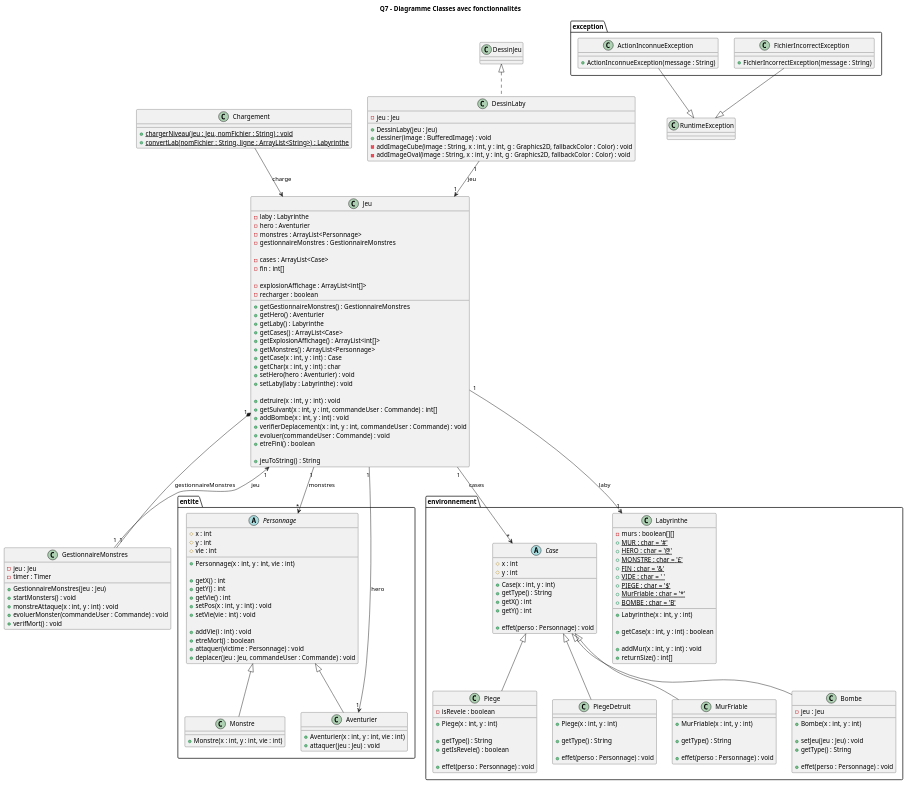
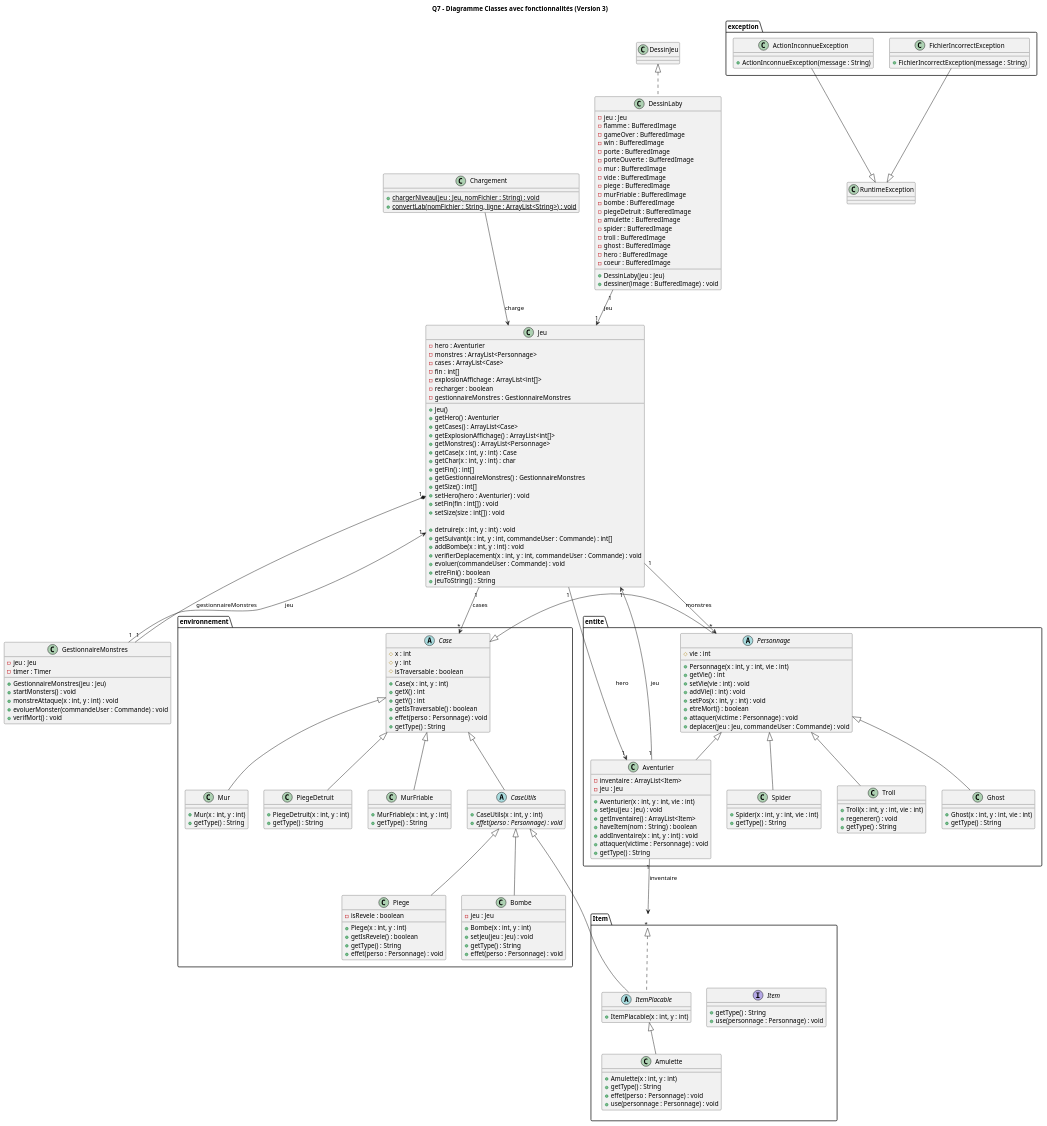
Before and after one commit to lucas-martinati-pro/SAE_S2.01_Zeldiablo-LucasM_JeanLM_PierreGSV: the diagram in documents/version_3/Diagramme Classes.puml, drawn with PlantUML. The commit also changed 2 other files, not shown here.

Commit message:
refactor: DessinLaby

```diff
--- a/documents/version_3/Diagramme Classes.puml
+++ b/documents/version_3/Diagramme Classes.puml
@@ -1,28 +1,28 @@
 @startuml
-title Q7 - Diagramme Classes avec fonctionnalités
+title Q7 - Diagramme Classes avec fonctionnalités (Version 3)
 
 class "Jeu" {
-    - laby : Labyrinthe
     - hero : Aventurier
     - monstres : ArrayList<Personnage>
+    - cases : ArrayList<Case>
+    - fin : int[]
+    - explosionAffichage : ArrayList<int[]>
+    - recharger : boolean
     - gestionnaireMonstres : GestionnaireMonstres
 
-    - cases : ArrayList<Case>
-    - fin : int[]
-
-    - explosionAffichage : ArrayList<int[]>
-    - recharger : boolean
-
-    + getGestionnaireMonstres() : GestionnaireMonstres
+    + Jeu()
     + getHero() : Aventurier
-    + getLaby() : Labyrinthe
     + getCases() : ArrayList<Case>
     + getExplosionAffichage() : ArrayList<int[]>
     + getMonstres() : ArrayList<Personnage>
     + getCase(x : int, y : int) : Case
     + getChar(x : int, y : int) : char
+    + getFin() : int[]
+    + getGestionnaireMonstres() : GestionnaireMonstres
+    + getSize() : int[]
     + setHero(hero : Aventurier) : void
-    + setLaby(laby : Labyrinthe) : void
+    + setFin(fin : int[]) : void
+    + setSize(size : int[]) : void
 
     + detruire(x : int, y : int) : void
     + getSuivant(x : int, y : int, commandeUser : Commande) : int[]
@@ -30,7 +30,6 @@
     + verifierDeplacement(x : int, y : int, commandeUser : Commande) : void
     + evoluer(commandeUser : Commande) : void
     + etreFini() : boolean
-
     + jeuToString() : String
 }
 
@@ -47,105 +46,117 @@
 
 class Chargement {
     + {static} chargerNiveau(jeu : Jeu, nomFichier : String) : void
-    + {static} convertLab(nomFichier : String, ligne : ArrayList<String>) : Labyrinthe
+    + {static} convertLab(nomFichier : String, ligne : ArrayList<String>) : void
 }
 
 class DessinLaby {
     - jeu : Jeu
+    - flamme : BufferedImage
+    - gameOver : BufferedImage
+    - win : BufferedImage
+    - porte : BufferedImage
+    - porteOuverte : BufferedImage
+    - mur : BufferedImage
+    - vide : BufferedImage
+    - piege : BufferedImage
+    - murFriable : BufferedImage
+    - bombe : BufferedImage
+    - piegeDetruit : BufferedImage
+    - amulette : BufferedImage
+    - spider : BufferedImage
+    - troll : BufferedImage
+    - ghost : BufferedImage
+    - hero : BufferedImage
+    - coeur : BufferedImage
 
     + DessinLaby(jeu : Jeu)
     + dessiner(image : BufferedImage) : void
-    - addImageCube(image : String, x : int, y : int, g : Graphics2D, fallbackColor : Color) : void
-    - addImageOval(image : String, x : int, y : int, g : Graphics2D, fallbackColor : Color) : void
 }
 
 package "entite" {
     abstract class Personnage {
-        # x : int
-        # y : int
         # vie : int
 
         + Personnage(x : int, y : int, vie : int)
-
-        + getX() : int
-        + getY() : int
         + getVie() : int
+        + setVie(vie : int) : void
+        + addVie(i : int) : void
         + setPos(x : int, y : int) : void
-        + setVie(vie : int) : void
-
-        + addVie(i : int) : void
         + etreMort() : boolean
         + attaquer(victime : Personnage) : void
         + deplacer(jeu : Jeu, commandeUser : Commande) : void
     }
 
     class Aventurier {
+        - inventaire : ArrayList<Item>
+        - jeu : Jeu
+
         + Aventurier(x : int, y : int, vie : int)
-        + attaquer(jeu : Jeu) : void
+        + setJeu(jeu : Jeu) : void
+        + getInventaire() : ArrayList<Item>
+        + haveItem(nom : String) : boolean
+        + addInventaire(x : int, y : int) : void
+        + attaquer(victime : Personnage) : void
+        + getType() : String
     }
 
-    class Monstre {
-        + Monstre(x : int, y : int, vie : int)
+    class Spider {
+        + Spider(x : int, y : int, vie : int)
+        + getType() : String
+    }
+
+    class Troll {
+        + Troll(x : int, y : int, vie : int)
+        + regenerer() : void
+        + getType() : String
+    }
+
+    class Ghost {
+        + Ghost(x : int, y : int, vie : int)
+        + getType() : String
     }
 }
 
 package "environnement" {
-
     abstract class Case {
         # x : int
         # y : int
+        # isTraversable : boolean
 
         + Case(x : int, y : int)
-        + getType() : String
         + getX() : int
         + getY() : int
-
+        + getIsTraversable() : boolean
         + effet(perso : Personnage) : void
+        + getType() : String
     }
 
-    class Labyrinthe {
-        - murs : boolean[][]
-        + {static} MUR : char = '#'
-        + {static} HERO : char = '@'
-        + {static} MONSTRE : char = '£'
-        + {static} FIN : char = '&'
-        + {static} VIDE : char = ' '
-        + {static} PIEGE : char = '$'
-        + {static} MurFriable : char = '*'
-        + {static} BOMBE : char = 'B'
+    class Mur {
+        + Mur(x : int, y : int)
+        + getType() : String
+    }
 
-        + Labyrinthe(x : int, y : int)
+    class PiegeDetruit {
+        + PiegeDetruit(x : int, y : int)
+        + getType() : String
+    }
 
-        + getCase(x : int, y : int) : boolean
+    class MurFriable {
+        + MurFriable(x : int, y : int)
+        + getType() : String
+    }
 
-        + addMur(x : int, y : int) : void
-        + returnSize() : int[]
+    abstract class CaseUtils {
+        + CaseUtils(x : int, y : int)
+        + {abstract} effet(perso : Personnage) : void
     }
 
     class Piege {
         - isRevele : boolean
 
         + Piege(x : int, y : int)
-
+        + getIsRevele() : boolean
         + getType() : String
-        + getIsRevele() : boolean
-
-        + effet(perso : Personnage) : void
-    }
-
-    class PiegeDetruit {
-            + Piege(x : int, y : int)
-
-            + getType() : String
-
-            + effet(perso : Personnage) : void
-        }
-
-    class MurFriable {
-        + MurFriable(x : int, y : int)
-
-        + getType() : String
-
         + effet(perso : Personnage) : void
     }
 
@@ -153,11 +164,27 @@
         - jeu : Jeu
 
         + Bombe(x : int, y : int)
-
         + setJeu(jeu : Jeu) : void
         + getType() : String
+        + effet(perso : Personnage) : void
+    }
+}
 
+package "Item" {
+    interface Item {
+        + getType() : String
+        + use(personnage : Personnage) : void
+    }
+
+    abstract class ItemPlacable {
+        + ItemPlacable(x : int, y : int)
+    }
+
+    class Amulette {
+        + Amulette(x : int, y : int)
+        + getType() : String
         + effet(perso : Personnage) : void
+        + use(personnage : Personnage) : void
     }
 }
 
@@ -174,24 +201,36 @@
 ' ========================
 ' Relations
 ' ========================
-Case <|-- Piege
+Case <|-- Mur
 Case <|-- PiegeDetruit
 Case <|-- MurFriable
-Case <|-- Bombe
+Case <|-- Personnage
+Case <|-- CaseUtils
+
+CaseUtils <|-- Piege
+CaseUtils <|-- Bombe
+CaseUtils <|-- ItemPlacable
+
+Item <|.. ItemPlacable
+ItemPlacable <|-- Amulette
 
 Personnage <|-- Aventurier
-Personnage <|-- Monstre
+Personnage <|-- Spider
+Personnage <|-- Troll
+Personnage <|-- Ghost
 
 ActionInconnueException --|> RuntimeException
 FichierIncorrectException --|> RuntimeException
 
 DessinJeu <|.. DessinLaby
 
-Jeu "1" --> "1" Labyrinthe : laby
 Jeu "1" --> "1" Aventurier : hero
 Jeu "1" *-- "1" GestionnaireMonstres : gestionnaireMonstres
 Jeu "1" --> "*" Personnage : monstres
 Jeu "1" --> "*" Case : cases
+
+Aventurier "1" --> "*" Item : inventaire
+Aventurier "1" --> "1" Jeu : jeu
 
 GestionnaireMonstres "1" --> "1" Jeu : jeu
 Chargement --> Jeu : charge
```
